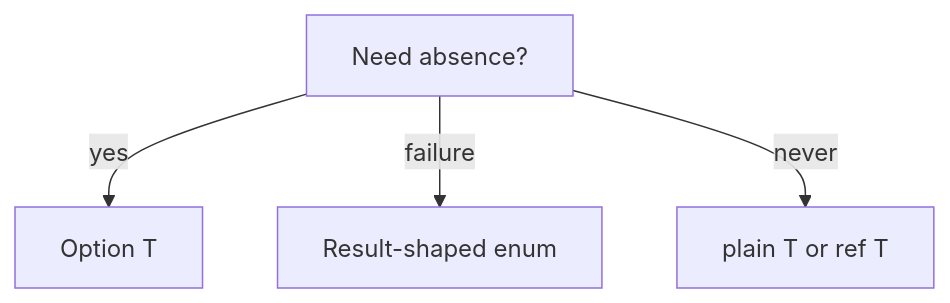
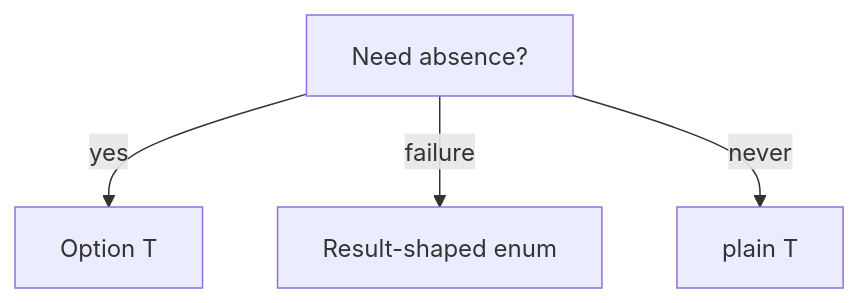
The diagram in site/website/src/content/docs/book/07-compiler-is-not-your-therapist/types-and-generics.md (Cyber-Nomad-Collective/beskid), drawn with Mermaid before and after one commit. The commit also changed other lines of this file and 35 other files, not shown here.

````diff
--- a/site/website/src/content/docs/book/07-compiler-is-not-your-therapist/types-and-generics.md
+++ b/site/website/src/content/docs/book/07-compiler-is-not-your-therapist/types-and-generics.md
@@ -26,6 +26,6 @@
 ```mermaid
 flowchart TD
   Q[Need absence?] -->|yes| O[Option T]
   Q -->|failure| R[Result-shaped enum]
-  Q -->|never| V[plain T or ref T]
+  Q -->|never| V[plain T]
 ```
````
